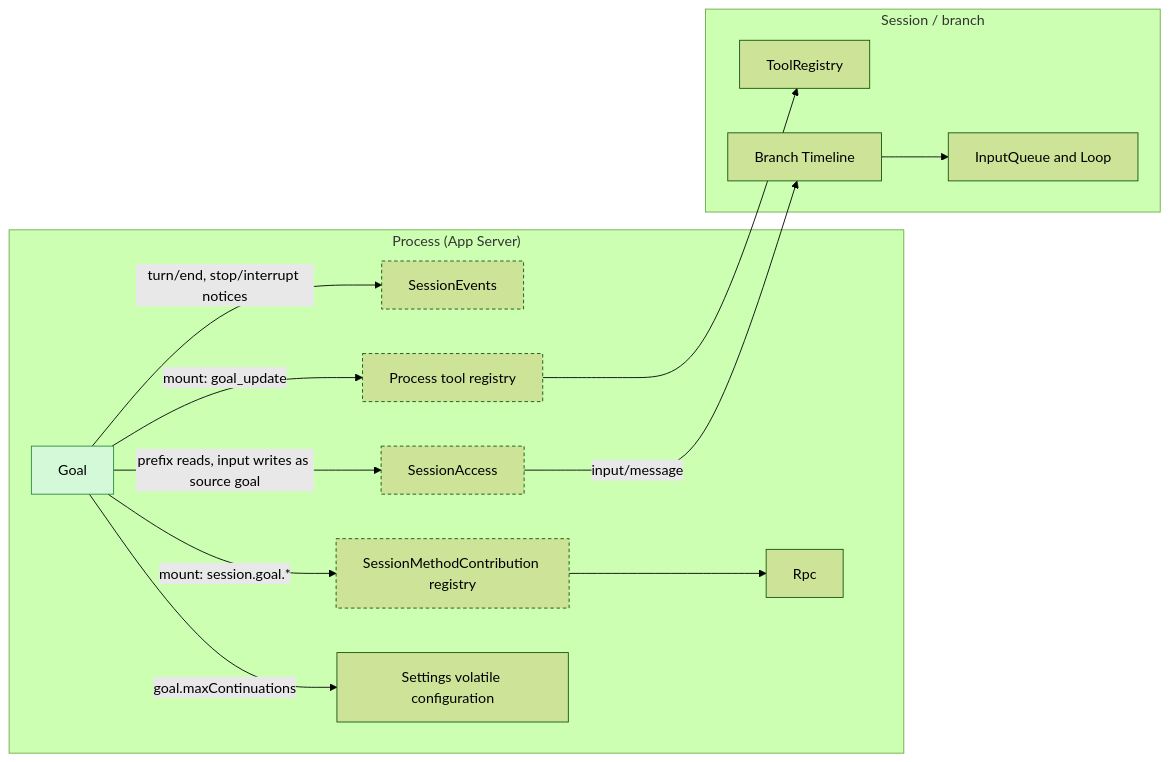
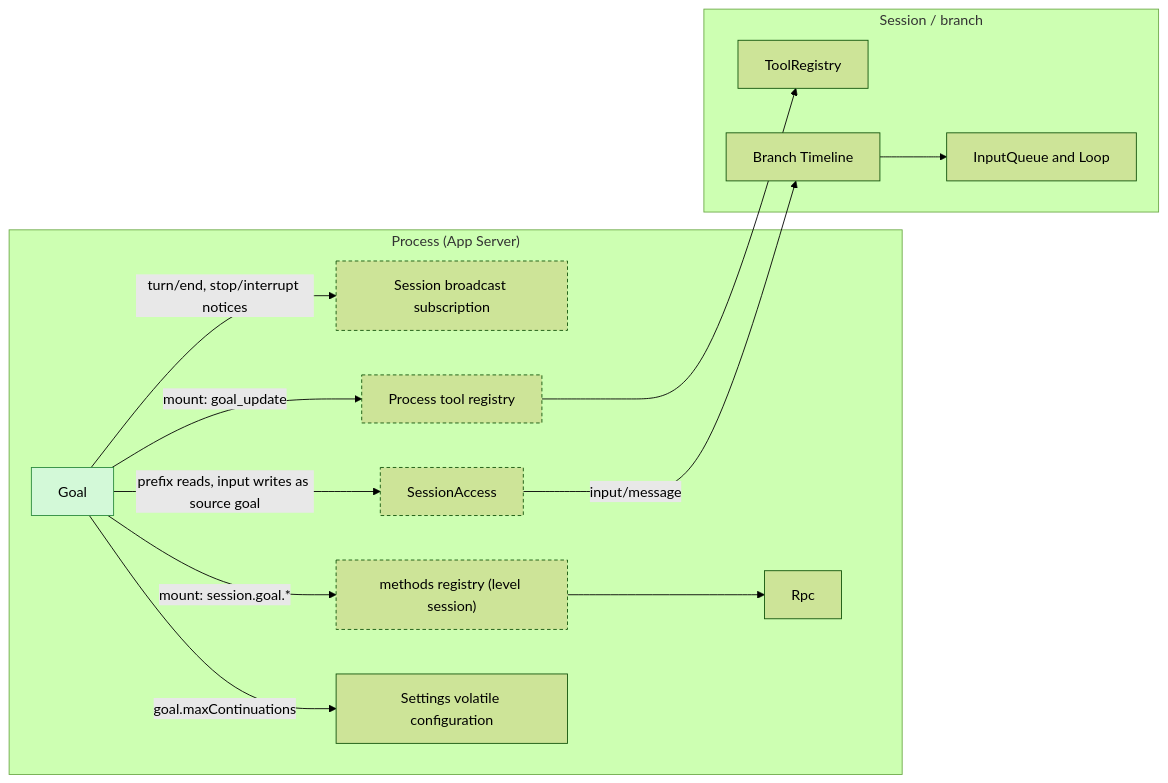
The first of 7 diagrams in docs/design/plugins/Goal.md (CoutinhoTTS/dim-agent), drawn with Mermaid (forest theme) before and after one commit. The commit also changed other lines of this file and 3 other files, not shown here.

````diff
--- a/docs/design/plugins/Goal.md
+++ b/docs/design/plugins/Goal.md
@@ -9,28 +9,28 @@
 ```mermaid
 flowchart LR
   subgraph PROC["Process (App Server)"]
     GoalP["Goal"]:::new
-    SE["SessionEvents"]:::contract
+    SE["Session broadcast subscription"]:::contract
     SA["SessionAccess"]:::contract
     PTR["Process tool registry"]:::contract
-    SMC["SessionMethodContribution registry"]:::contract
+    SMC["methods registry (level session)"]:::contract
     Settings["Settings volatile configuration"]
     Rpc["Rpc"]
   end
   subgraph SESS["Session / branch"]
     ToolRegistry["ToolRegistry"]
     InputQueue["InputQueue and Loop"]
     TL["Branch Timeline"]
   end
   GoalP -->|"turn/end, stop/interrupt notices"| SE
   GoalP -->|"prefix reads, input writes as source goal"| SA
   GoalP -->|"mount: goal_update"| PTR
   GoalP -->|"mount: session.goal.*"| SMC
   GoalP -->|"goal.maxContinuations"| Settings
   SMC --> Rpc
   PTR --> ToolRegistry
   SA -->|"input/message"| TL
   TL --> InputQueue
   classDef new fill:#d3f9d8,stroke:#2b8a3e,color:#000
   classDef contract stroke-dasharray:4 3
 ```
````
